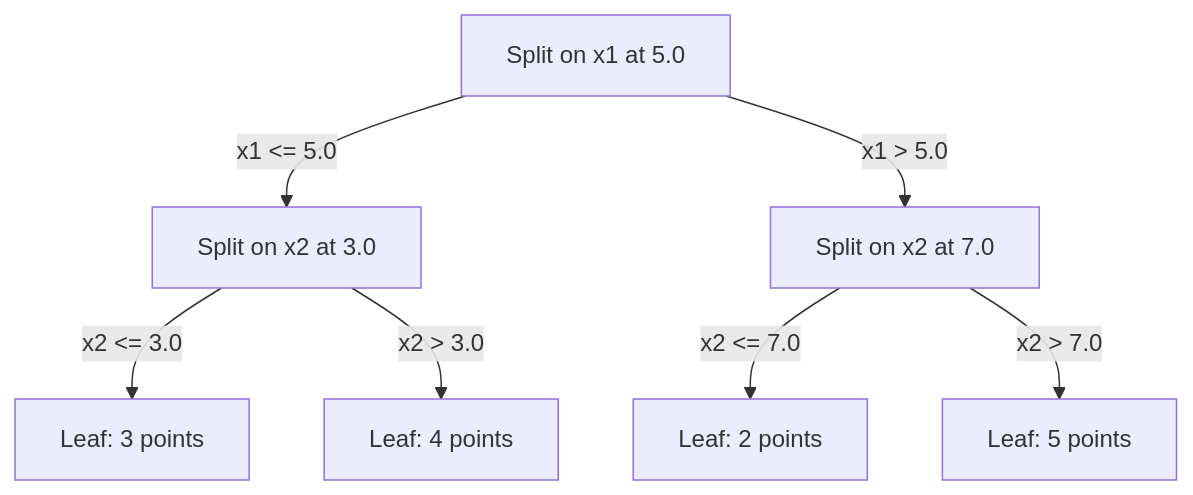
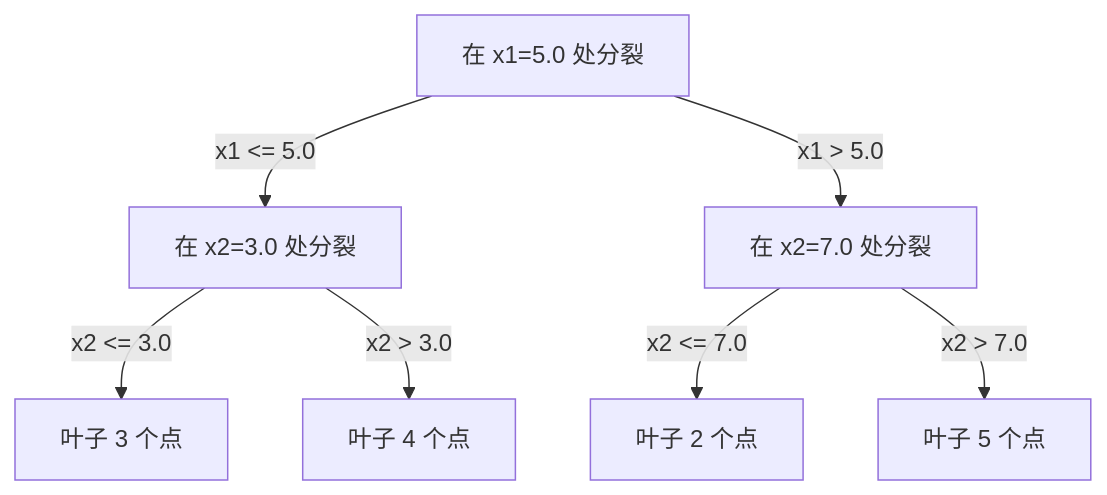
Before and after one commit to JerryC8080/ai-engineering-from-scratch-zh: the third of 3 diagrams in phases/02-ml-fundamentals/06-knn-and-distances/docs/zh.md, drawn with Mermaid. The commit also changed other lines of this file and 156 other files, not shown here.

First line of the commit message:
i18n(zh): translate mermaid diagram labels in 157 lesson zh.md

````diff
--- a/phases/02-ml-fundamentals/06-knn-and-distances/docs/zh.md
+++ b/phases/02-ml-fundamentals/06-knn-and-distances/docs/zh.md
@@ -171,9 +171,9 @@
 ```mermaid
 graph TD
-    R["Split on x1 at 5.0"] -->|"x1 <= 5.0"| L["Split on x2 at 3.0"]
-    R -->|"x1 > 5.0"| RR["Split on x2 at 7.0"]
-    L -->|"x2 <= 3.0"| LL["Leaf: 3 points"]
-    L -->|"x2 > 3.0"| LR["Leaf: 4 points"]
-    RR -->|"x2 <= 7.0"| RL["Leaf: 2 points"]
-    RR -->|"x2 > 7.0"| RRR["Leaf: 5 points"]
+    R["在 x1=5.0 处分裂"] -->|"x1 <= 5.0"| L["在 x2=3.0 处分裂"]
+    R -->|"x1 > 5.0"| RR["在 x2=7.0 处分裂"]
+    L -->|"x2 <= 3.0"| LL["叶子 3 个点"]
+    L -->|"x2 > 3.0"| LR["叶子 4 个点"]
+    RR -->|"x2 <= 7.0"| RL["叶子 2 个点"]
+    RR -->|"x2 > 7.0"| RRR["叶子 5 个点"]
 ```
````
